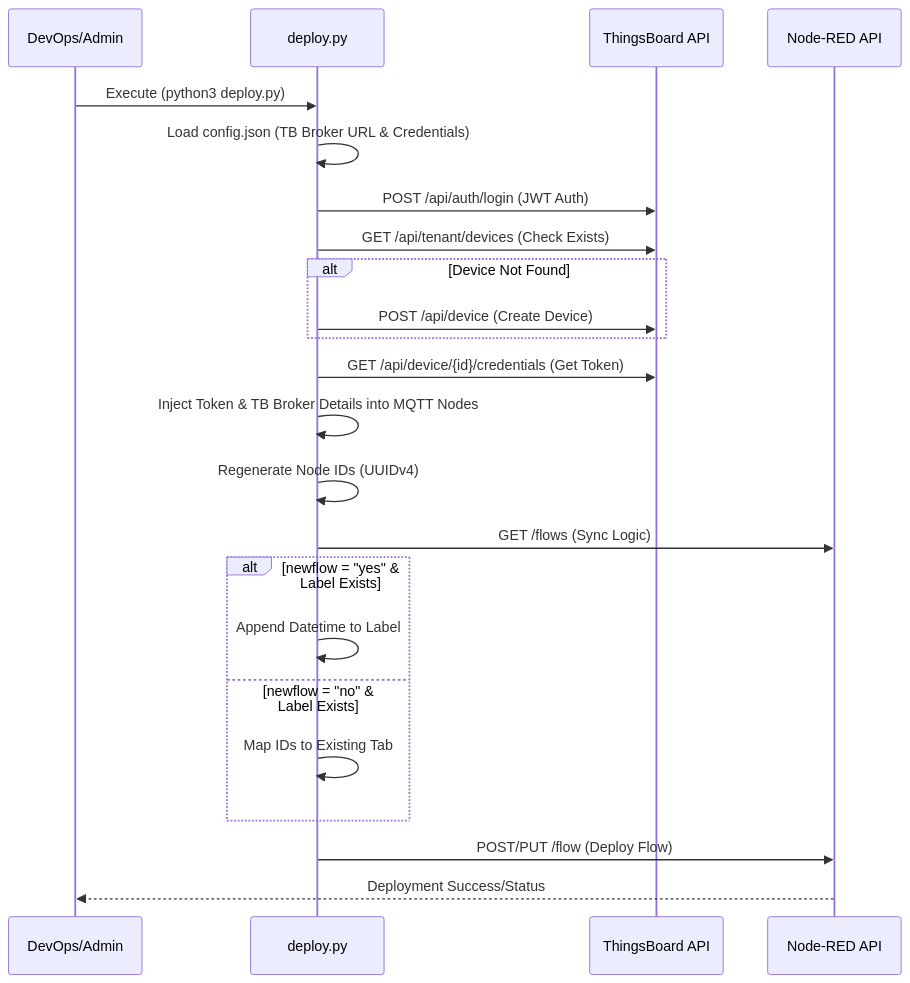
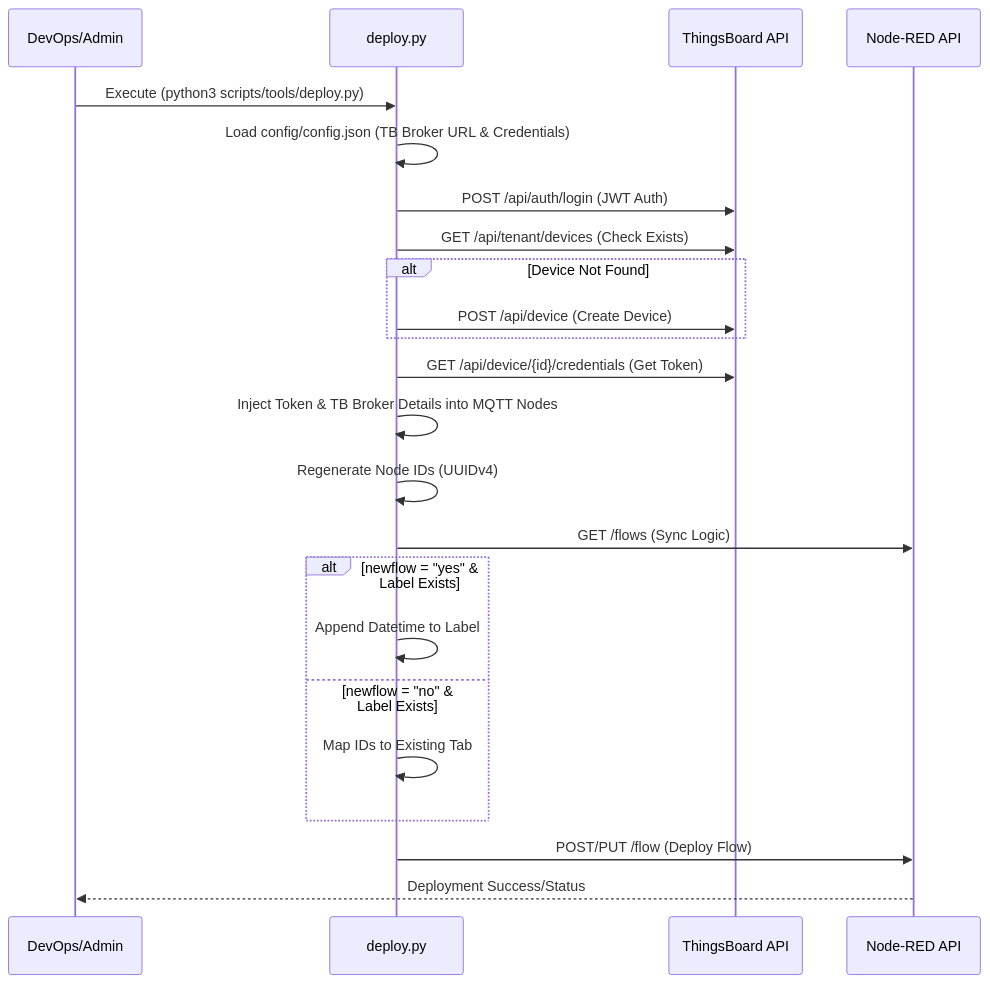
One commit to PiltiSmart/Pilti_Flows changed the first of 8 diagrams in README.md. Above: the diagram before and after it, drawn with Mermaid. The commit also changed other lines of this file and 24 other files, not shown here.

````diff
--- a/README.md
+++ b/README.md
@@ -28,26 +28,26 @@
 ```mermaid
 sequenceDiagram
     participant Admin as DevOps/Admin
     participant Script as deploy.py
     participant TB as ThingsBoard API
     participant NR as Node-RED API
 
-    Admin->>Script: Execute (python3 deploy.py)
-    Script->>Script: Load config.json (TB Broker URL & Credentials)
+    Admin->>Script: Execute (python3 scripts/tools/deploy.py)
+    Script->>Script: Load config/config.json (TB Broker URL & Credentials)
     Script->>TB: POST /api/auth/login (JWT Auth)
     Script->>TB: GET /api/tenant/devices (Check Exists)
     ALT Device Not Found
         Script->>TB: POST /api/device (Create Device)
     END
     Script->>TB: GET /api/device/{id}/credentials (Get Token)
     Script->>Script: Inject Token & TB Broker Details into MQTT Nodes
     Script->>Script: Regenerate Node IDs (UUIDv4)
     Script->>NR: GET /flows (Sync Logic)
     ALT newflow = "yes" & Label Exists
         Script->>Script: Append Datetime to Label
     ELSE newflow = "no" & Label Exists
         Script->>Script: Map IDs to Existing Tab
     END
     Script->>NR: POST/PUT /flow (Deploy Flow)
     NR-->>Admin: Deployment Success/Status
 ```
````
